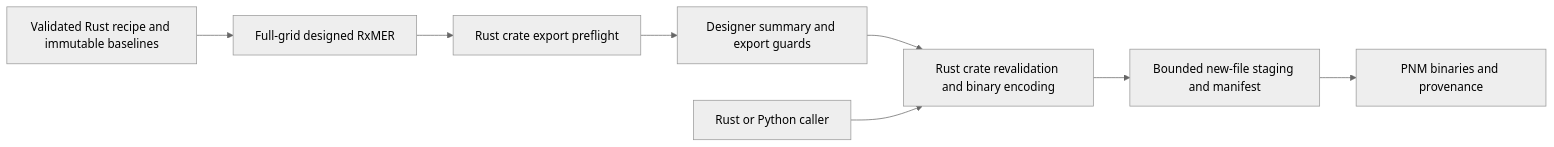
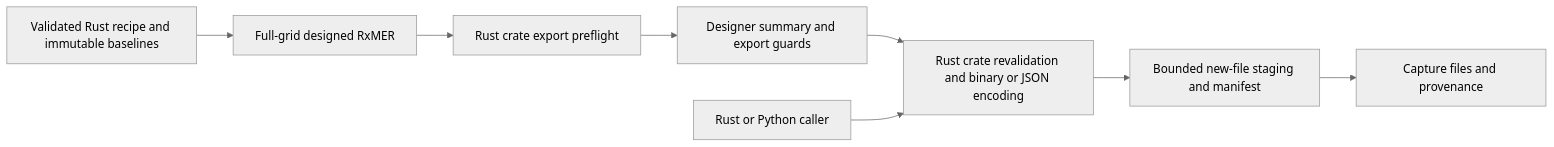
The diagram in docs/development/features/rxmer-designer/pnm-export-plan.md (mgarcia01752/merlin), drawn with Mermaid (neutral theme) before and after one commit. The commit also changed other lines of this file and 50 other files, not shown here.

````diff
--- a/docs/development/features/rxmer-designer/pnm-export-plan.md
+++ b/docs/development/features/rxmer-designer/pnm-export-plan.md
@@ -55,10 +55,10 @@
 ```mermaid
 flowchart LR
     DESIGN[Validated Rust recipe and immutable baselines] --> DATA[Full-grid designed RxMER]
     DATA --> CHECK[Rust crate export preflight]
     CHECK --> UI[Designer summary and export guards]
-    UI --> WRITE[Rust crate revalidation and binary encoding]
+    UI --> WRITE[Rust crate revalidation and binary or JSON encoding]
     WRITE --> STAGE[Bounded new-file staging and manifest]
-    STAGE --> OUTPUT[PNM binaries and provenance]
+    STAGE --> OUTPUT[Capture files and provenance]
     CALLER[Rust or Python caller] --> WRITE
 ```
````
